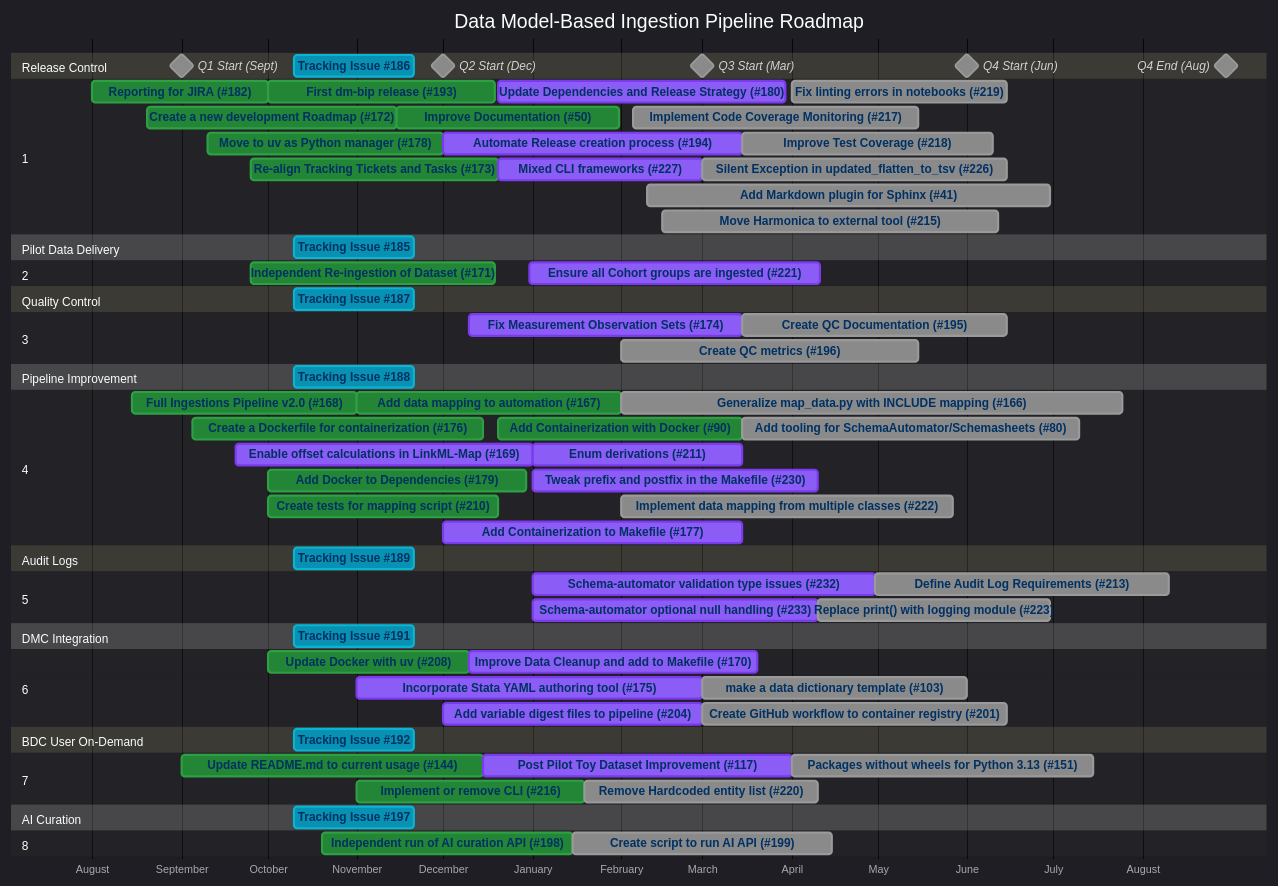
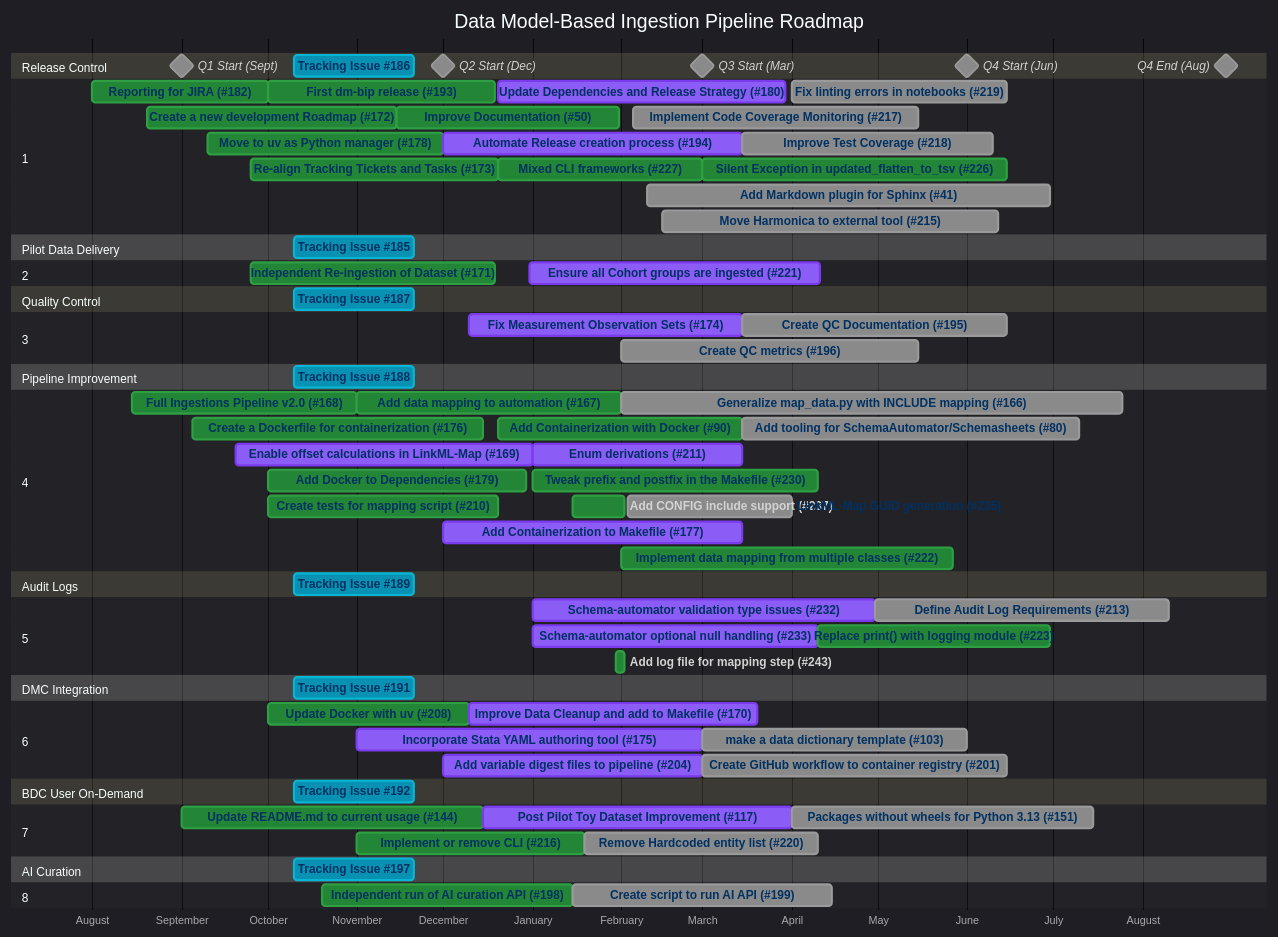
Before and after one commit to linkml/dm-bip: the diagram in DEVELOPMENT.md, drawn with Mermaid. The commit also changed other lines of this file, not shown here.

Commit message:
Sync roadmap with GitHub issues
Status updates:
- #222, #223, #226, #227, #230 marked done

New issues added:
- #235 LinkML-Map GUID generation (Pipeline Improvement)
- #237 Add CONFIG include support (Pipeline Improvement, done)
- #243 Add log file for mapping step (Audit Logs, done)

```diff
--- a/DEVELOPMENT.md
+++ b/DEVELOPMENT.md
@@ -47,8 +47,8 @@
     Implement Code Coverage Monitoring (#217)           :i217, 2026-02-05, 2026-05-15
     Improve Test Coverage (#218)                        :i218, 2026-03-15, 2026-06-10
     Fix linting errors in notebooks (#219)              :i219, 2026-04-01, 2026-06-15
-    Silent Exception in updated_flatten_to_tsv (#226)   :i226, 2026-03-01, 2026-06-15
-    Mixed CLI frameworks (#227)                         :active, i227, 2025-12-20, 2026-03-01
+    Silent Exception in updated_flatten_to_tsv (#226)   :done, i226, 2026-03-01, 2026-06-15
+    Mixed CLI frameworks (#227)                         :done, i227, 2025-12-20, 2026-03-01
 
     section Pilot Data Delivery 
     Tracking Issue #185                     :crit, t185,2025-10-10, 6w
@@ -80,15 +80,18 @@
     Add tooling for SchemaAutomator/Schemasheets (#80)  :i80, 2026-03-15, 2026-07-10
     Generalize map_data.py with INCLUDE mapping (#166)  :i166, 2026-02-01, 2026-07-25
     Add Containerization with Docker (#90)              :done, i90, 2025-12-20, 2026-03-15
-    Implement data mapping from multiple classes (#222) :i222, 2026-02-01, 2026-05-27
-    Tweak prefix and postfix in the Makefile (#230)     :active, i230, 2026-01-01, 2026-04-10
+    Implement data mapping from multiple classes (#222) :done, i222, 2026-02-01, 2026-05-27
+    Tweak prefix and postfix in the Makefile (#230)     :done, i230, 2026-01-01, 2026-04-10
+    Add CONFIG include support (#237)                   :done, i237, 2026-01-15, 2026-02-02
+    LinkML-Map GUID generation (#235)                   :i235, 2026-02-03, 2026-04-01
 
     section Audit Logs
     Tracking Issue #189                     :crit, t189, 2025-10-10, 6w
 
     section 5 
     Define Audit Log Requirements (#213)               :i213, 2026-04-30, 2026-08-10
-    Replace print() with logging module (#223)         :i223, 2026-04-10, 2026-06-30
+    Replace print() with logging module (#223)         :done, i223, 2026-04-10, 2026-06-30
+    Add log file for mapping step (#243)               :done, i243, 2026-01-30, 2026-02-02
     Schema-automator validation type issues (#232)     :active, i232, 2026-01-01, 2026-04-30
     Schema-automator optional null handling (#233)     :active, i233, 2026-01-01, 2026-04-10
 
@@ -178,6 +181,9 @@
     click i230 href "https://github.com/linkml/dm-bip/issues/230"
     click i232 href "https://github.com/linkml/dm-bip/issues/232"
     click i233 href "https://github.com/linkml/dm-bip/issues/233"
+    click i235 href "https://github.com/linkml/dm-bip/issues/235"
+    click i237 href "https://github.com/linkml/dm-bip/issues/237"
+    click i243 href "https://github.com/linkml/dm-bip/issues/243"
 
     axisFormat %B
     tickInterval 1month
```
